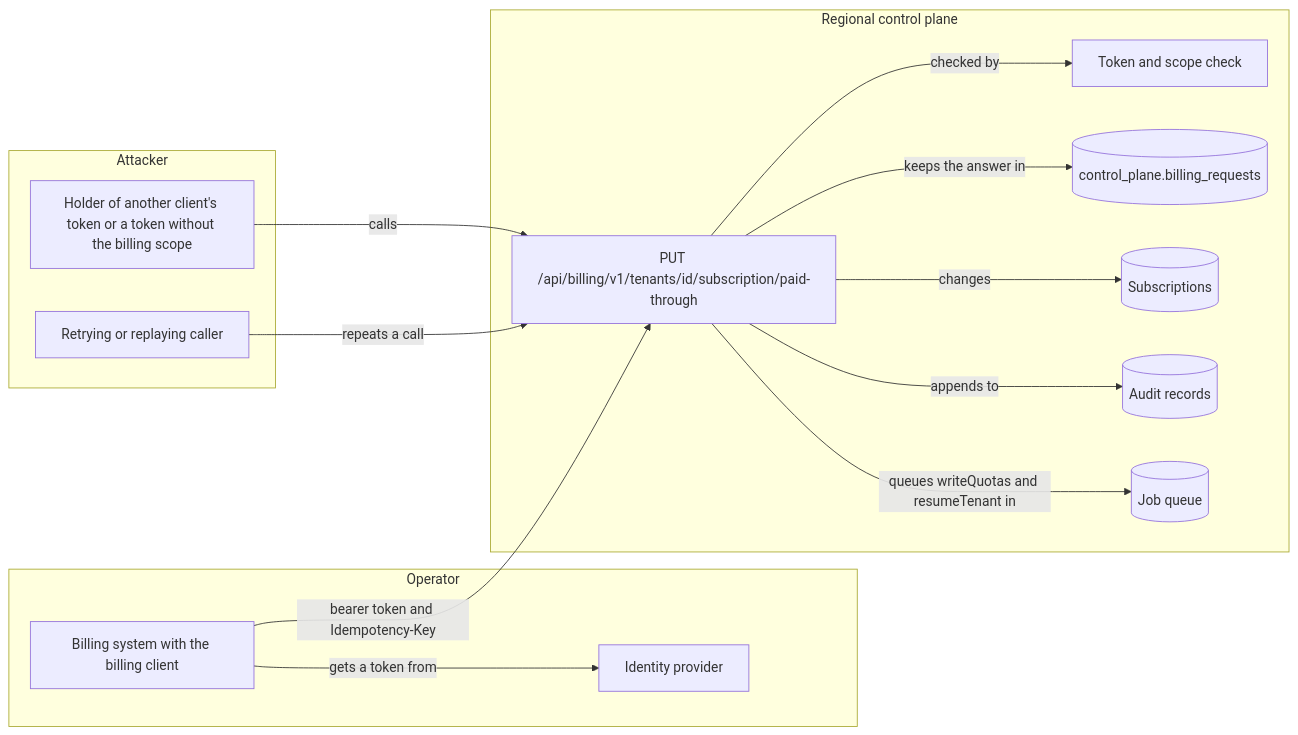
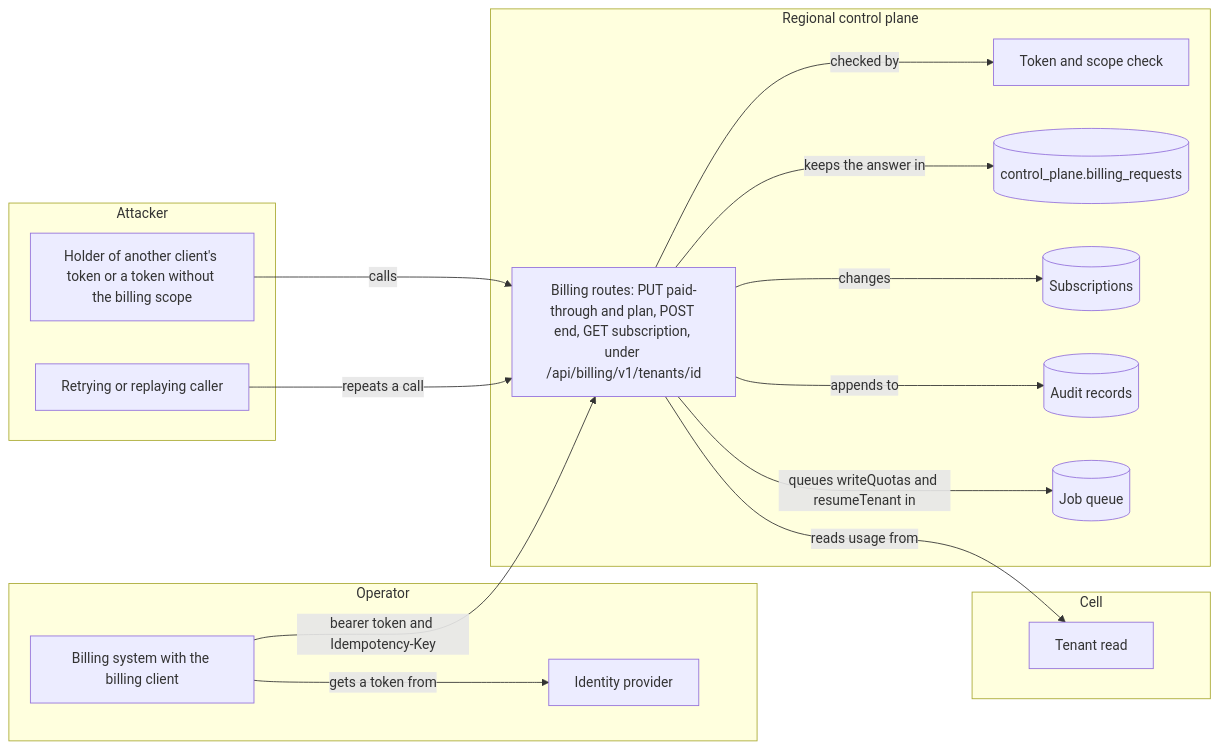
The fifth of 5 diagrams in docs/reference/threat-model-control-plane.md (phuongnse/axis), drawn with Mermaid before and after one commit. The commit also changed other lines of this file and 12 other files, not shown here.

First line of the commit message:
The billing system ends a subscription and reads a tenant's state and usage (#5004) (#5025)

````diff
--- a/docs/reference/threat-model-control-plane.md
+++ b/docs/reference/threat-model-control-plane.md
@@ -147,28 +147,32 @@
 ```mermaid
 flowchart LR
     subgraph operator [Operator]
         BillingSystem[Billing system with the billing client]
         Provider[Identity provider]
     end
     subgraph attacker [Attacker]
         Other[Holder of another client's token or a token without the billing scope]
         Replayer[Retrying or replaying caller]
     end
     subgraph cp [Regional control plane]
-        Route[PUT /api/billing/v1/tenants/id/subscription/paid-through]
+        Route[Billing routes: PUT paid-through and plan, POST end, GET subscription, under /api/billing/v1/tenants/id]
         Check[Token and scope check]
         Keys[(control_plane.billing_requests)]
         Subs[(Subscriptions)]
         Audit[(Audit records)]
         Queue[(Job queue)]
+    end
+    subgraph cellRead [Cell]
+        Cell[Tenant read]
     end
     BillingSystem -->|gets a token from| Provider
     BillingSystem -->|bearer token and Idempotency-Key| Route
     Other -->|calls| Route
     Replayer -->|repeats a call| Route
     Route -->|checked by| Check
     Route -->|keeps the answer in| Keys
     Route -->|changes| Subs
     Route -->|appends to| Audit
     Route -->|queues writeQuotas and resumeTenant in| Queue
+    Route -->|reads usage from| Cell
 ```
````
